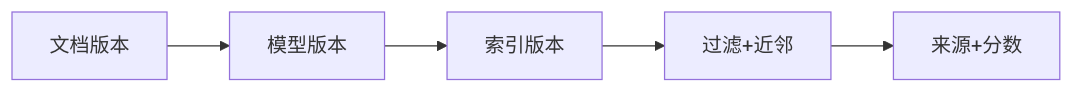
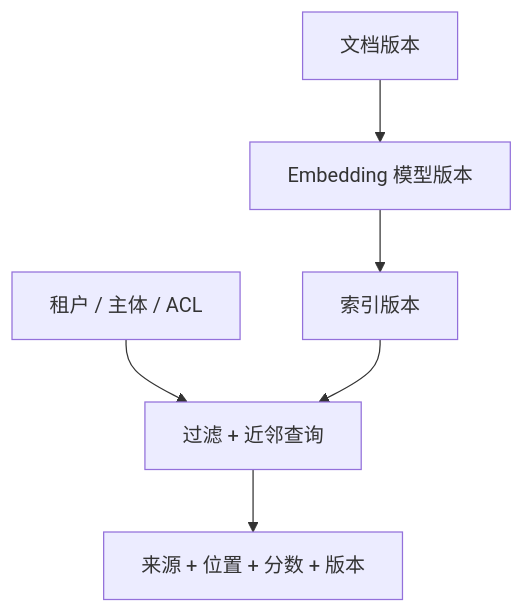
The first of 4 diagrams in docs/part-03-rag-and-memory/ch16-vector-databases.md (wujinjun/ai-agent-book), drawn with Mermaid before and after one commit. The commit also changed other lines of this file and 536 other files, not shown here.

````diff
--- a/docs/part-03-rag-and-memory/ch16-vector-databases.md
+++ b/docs/part-03-rag-and-memory/ch16-vector-databases.md
@@ -42,7 +48,11 @@
 ```mermaid
 %% id: vector-index-version-query-flow
 %% title: 向量索引版本与查询链路
 %% alt: 文档版本经指定 Embedding 模型写入索引版本并在查询时结合权限过滤返回来源和分数
-flowchart LR
-    Write["文档版本"] --> Embed["模型版本"] --> Index["索引版本"] --> Query["过滤+近邻"] --> Result["来源+分数"]
+flowchart TB
+    Write["文档版本"] --> Embed["Embedding 模型版本"]
+    Embed --> Index["索引版本"]
+    Principal["租户 / 主体 / ACL"] --> Query["过滤 + 近邻查询"]
+    Index --> Query
+    Query --> Result["来源 + 位置 + 分数 + 版本"]
 ```
````
